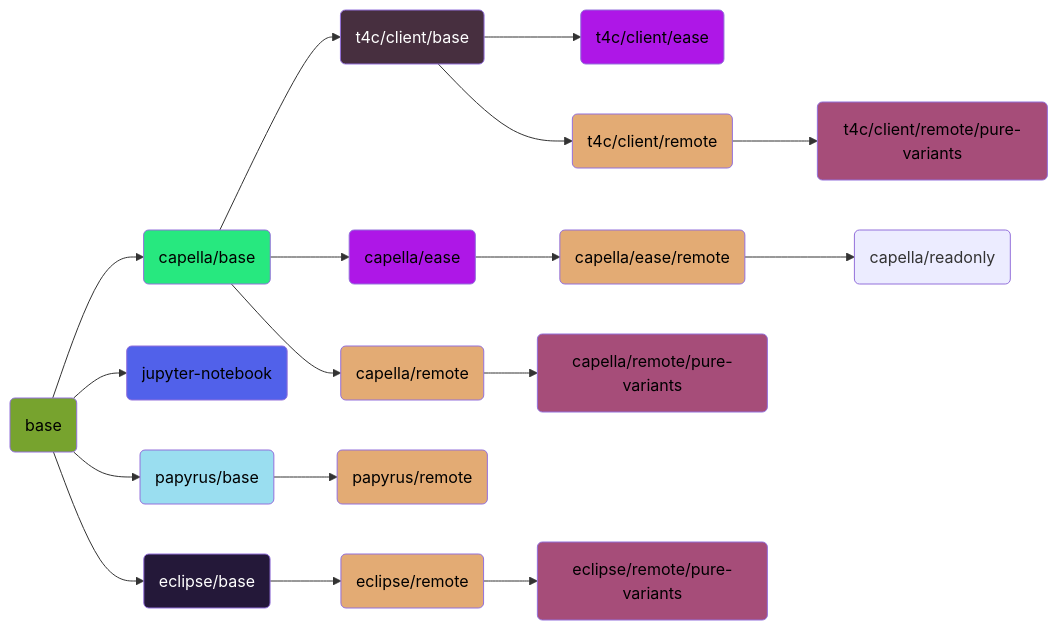
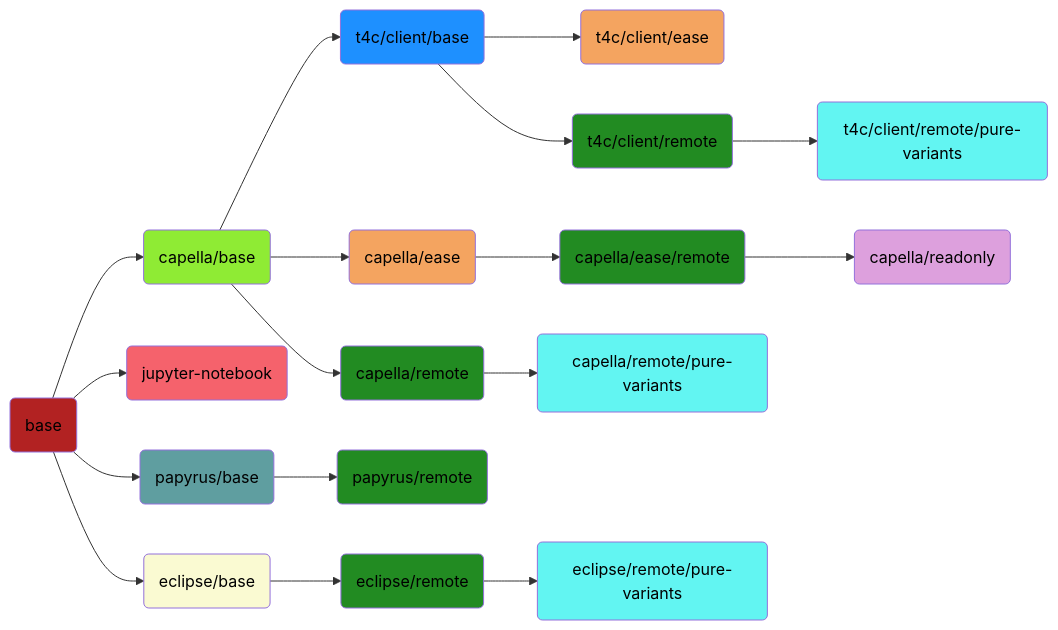
The diagram in docs/docs/index.md (DSD-DBS/capella-dockerimages), drawn with Mermaid before and after one commit. The commit also changed other lines of this file, not shown here.

Commit message:
fix: Properly apply colors and add missings links

````diff
--- a/docs/docs/index.md
+++ b/docs/docs/index.md
@@ -79,34 +79,36 @@
 ```mermaid
 flowchart LR
     BASE(base) --> CAPELLA_BASE(capella/base)
     BASE(base) --> JUPYTER(jupyter-notebook)
     BASE(base) --> PAPYRUS_BASE(papyrus/base) --> PAPYRUS_REMOTE(papyrus/remote)
     BASE(base) --> ECLIPSE_BASE(eclipse/base) --> ECLIPSE_REMOTE(eclipse/remote) --> ECLIPSE_REMOTE_PURE_VARIANTS(eclipse/remote/pure-variants)
     CAPELLA_BASE(capella/base) --> T4C_CLIENT_BASE(t4c/client/base)
     CAPELLA_BASE(capella/base) --> CAPELLA_EASE(capella/ease)
     T4C_CLIENT_BASE(t4c/client/base) --> T4C_CLIENT_EASE(t4c/client/ease)
     CAPELLA_BASE(capella/base) --> CAPELLA_REMOTE(capella/remote) --> CAPELLA_REMOTE_PURE_VARIANTS(capella/remote/pure-variants)
     T4C_CLIENT_BASE(t4c/client/base) --> T4C_CLIENT_REMOTE(t4c/client/remote) --> T4C_CLIENT_REMOTE_PURE_VARIANTS(t4c/client/remote/pure-variants)
     CAPELLA_EASE(capella/ease) --> CAPELLA_EASE_REMOTE(capella/ease/remote) --> CAPELLA_READONLY(capella/readonly)
 
-    style BASE fill:#77a32e,color:#000000
-    style CAPELLA_BASE fill:#27e87f,color:#000000
-    style JUPYTER fill:#5161ea,color:#000000
-    style PAPYRUS_BASE fill:#9adef0,color:#000000
-    style ECLIPSE_BASE fill:#241839,color:#ffffff
-    style T4C_CLIENT_BASE fill:#472f3f,color:#ffffff
+    style BASE fill:#b22222,color:#000000
+    style CAPELLA_BASE fill:#8feb34,color:#000000
+    style JUPYTER fill:#f5626c,color:#000000
+    style PAPYRUS_BASE fill:#5f9ea0,color:#000000
+    style ECLIPSE_BASE fill:#fafad2,color:#000000
+    style T4C_CLIENT_BASE fill:#1e90ff,color:#000000
 
-    style CAPELLA_EASE fill:#ae17e7,color:#000000
-    style T4C_CLIENT_EASE fill:#ae17e7,color:#000000
+    style CAPELLA_READONLY fill:#dda0dd,color:#000000
 
-    style CAPELLA_REMOTE fill:#e3ab74,color:#000000
-    style T4C_CLIENT_REMOTE fill:#e3ab74,color:#000000
-    style CAPELLA_EASE_REMOTE fill:#e3ab74,color:#000000
-    style ECLIPSE_REMOTE fill:#e3ab74,color:#000000
-    style PAPYRUS_REMOTE fill:#e3ab74,color:#000000
+    style CAPELLA_EASE fill:#f4a460,color:#000000
+    style T4C_CLIENT_EASE fill:#f4a460,color:#000000
 
-    style CAPELLA_REMOTE_PURE_VARIANTS fill:#a64d79,color:#000000
-    style T4C_CLIENT_REMOTE_PURE_VARIANTS fill:#a64d79,color:#000000
-    style ECLIPSE_REMOTE_PURE_VARIANTS fill:#a64d79,color:#000000
+    style CAPELLA_REMOTE fill:#228b22,color:#000000
+    style T4C_CLIENT_REMOTE fill:#228b22,color:#000000
+    style CAPELLA_EASE_REMOTE fill:#228b22,color:#000000
+    style ECLIPSE_REMOTE fill:#228b22,color:#000000
+    style PAPYRUS_REMOTE fill:#228b22,color:#000000
+
+    style CAPELLA_REMOTE_PURE_VARIANTS fill:#62f5f2,color:#000000
+    style T4C_CLIENT_REMOTE_PURE_VARIANTS fill:#62f5f2,color:#000000
+    style ECLIPSE_REMOTE_PURE_VARIANTS fill:#62f5f2,color:#000000
 
 ```
````
